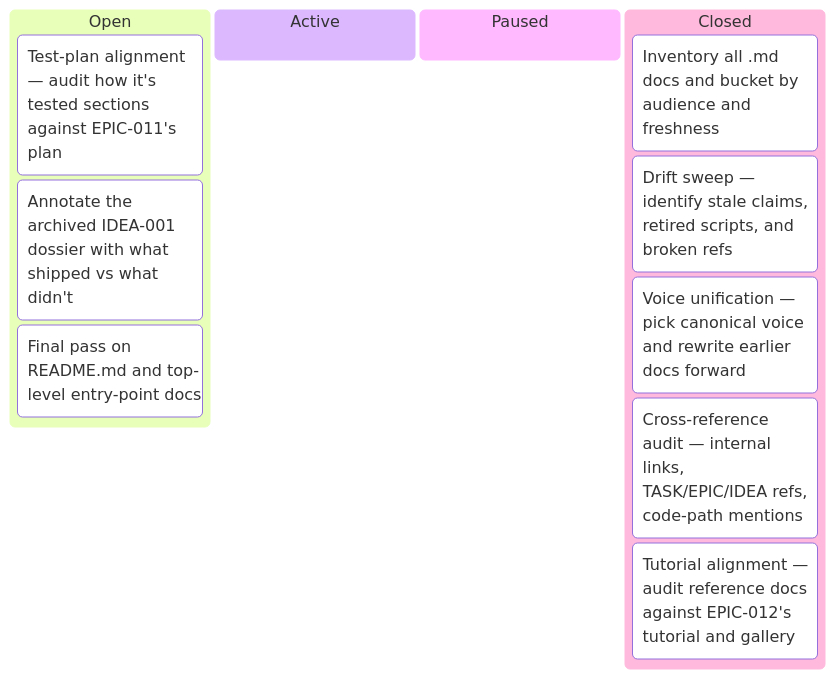
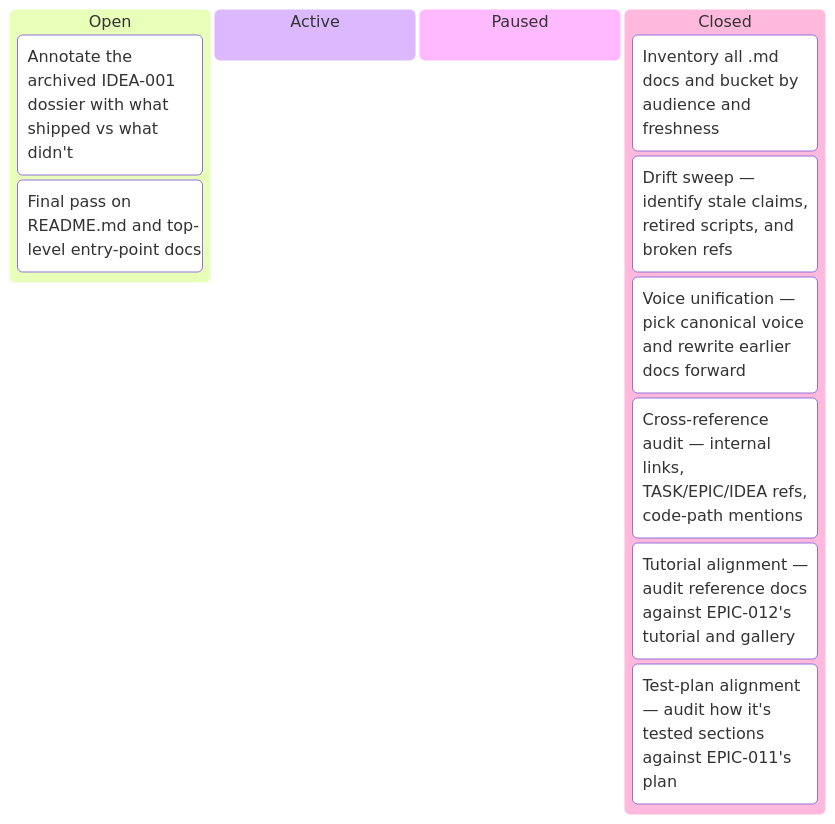
The second of 3 diagrams in docs/developers/tasks/KANBAN.md (tgd1975/CircuitSmith), drawn with Mermaid before and after one commit. The commit also changed other lines of this file and 7 other files, not shown here.

First line of the commit message:
close TASK-107: test-plan alignment with EPIC-011

````diff
--- a/docs/developers/tasks/KANBAN.md
+++ b/docs/developers/tasks/KANBAN.md
@@ -33,15 +33,15 @@
 ```mermaid
 kanban
   Open
-    TASK_107["Test-plan alignment — audit how it's tested sections against EPIC-011's plan"]
     TASK_108["Annotate the archived IDEA-001 dossier with what shipped vs what didn't"]
     TASK_109["Final pass on README.md and top-level entry-point docs"]
   Active
   Paused
   Closed
     TASK_102["Inventory all .md docs and bucket by audience and freshness"]
     TASK_103["Drift sweep — identify stale claims, retired scripts, and broken refs"]
     TASK_104["Voice unification — pick canonical voice and rewrite earlier docs forward"]
     TASK_105["Cross-reference audit — internal links, TASK/EPIC/IDEA refs, code-path mentions"]
     TASK_106["Tutorial alignment — audit reference docs against EPIC-012's tutorial and gallery"]
+    TASK_107["Test-plan alignment — audit how it's tested sections against EPIC-011's plan"]
 ```
````
